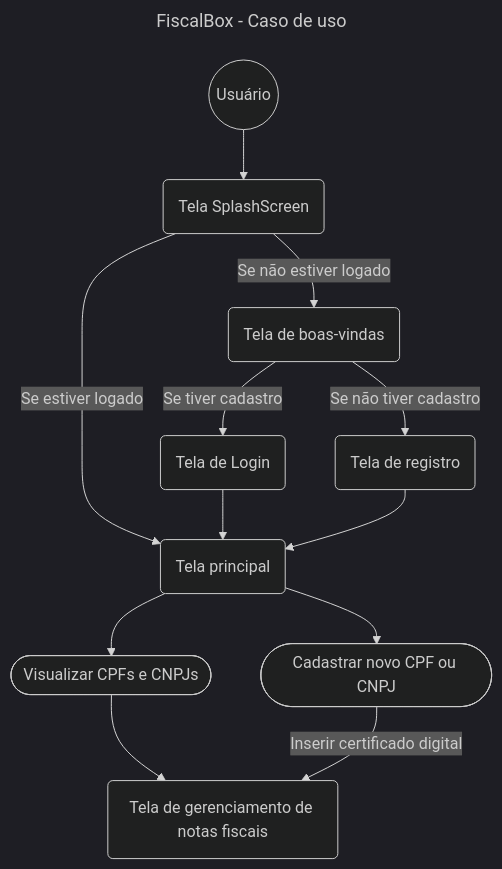
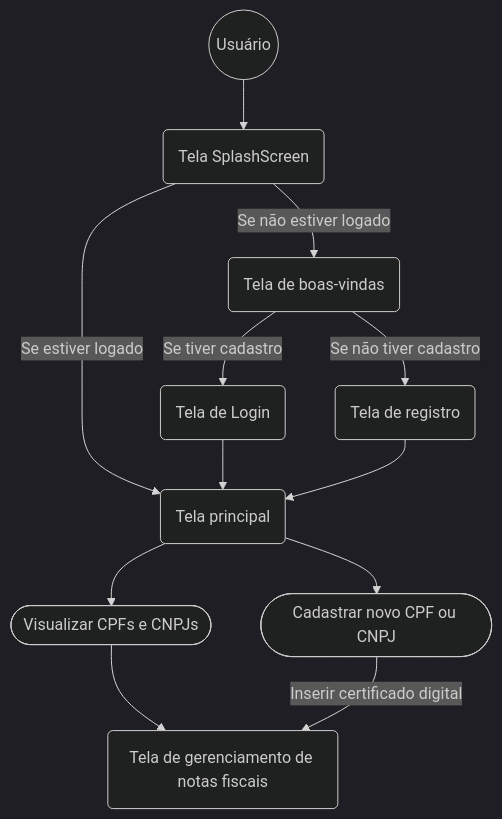
One commit to gui-bvr/projeto-portifolio-FiscalBox changed the first of 2 diagrams in README.md. Above: the diagram before and after it, drawn with Mermaid (dark theme). The commit also changed other lines of this file and 2 other files, not shown here.

````diff
--- a/README.md
+++ b/README.md
@@ -86,18 +87,14 @@
 ```mermaid
----
-title: FiscalBox - Caso de uso
----
-
 flowchart TD
     User((Usuário)) --> SplashScreen(Tela SplashScreen)
     SplashScreen --> |Se estiver logado| HomePage(Tela principal)
     SplashScreen --> |Se não estiver logado| WelcomePage(Tela de boas-vindas)
     WelcomePage --> |Se tiver cadastro| LoginPage(Tela de Login)
     WelcomePage --> |Se não tiver cadastro| RegisterPage(Tela de registro)
     LoginPage --> HomePage
     RegisterPage --> HomePage
     HomePage --> ShowContent([Visualizar CPFs e CNPJs])
     HomePage --> Register([Cadastrar novo CPF ou CNPJ])
     ShowContent --> ViewContent(Tela de gerenciamento de notas fiscais)
     Register --> |Inserir certificado digital| ViewContent
 ```
````
